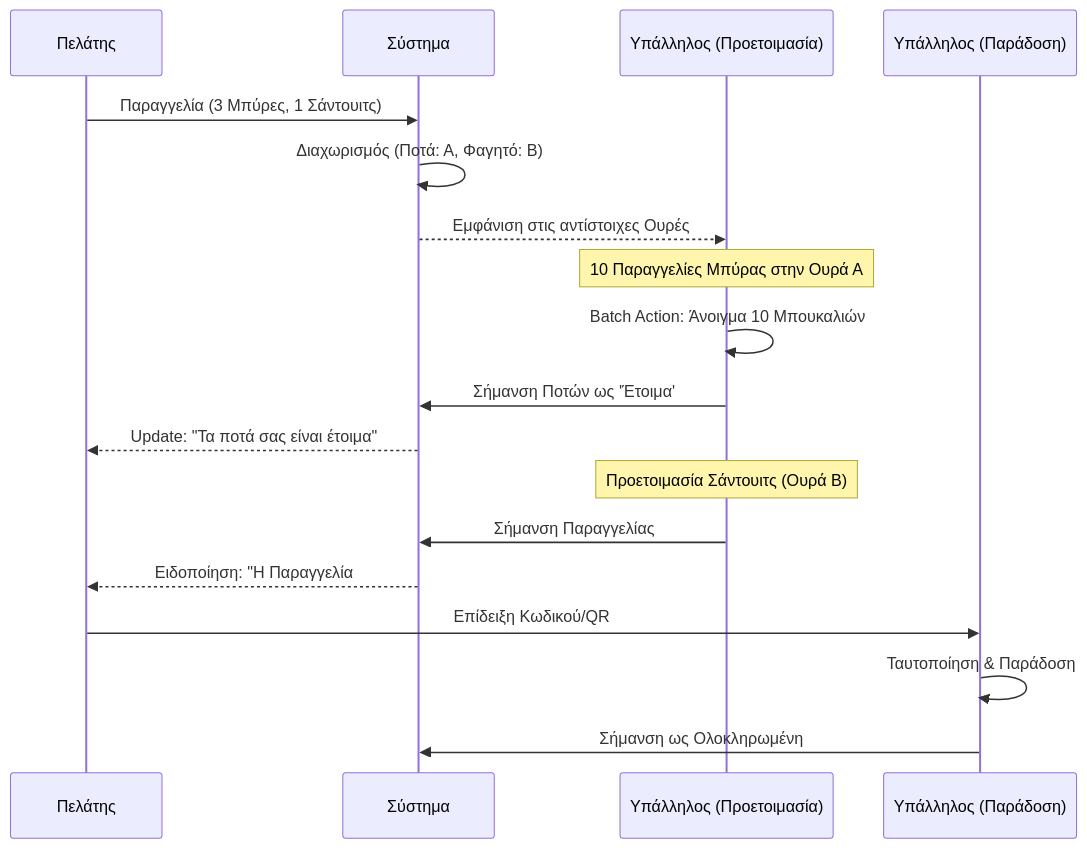
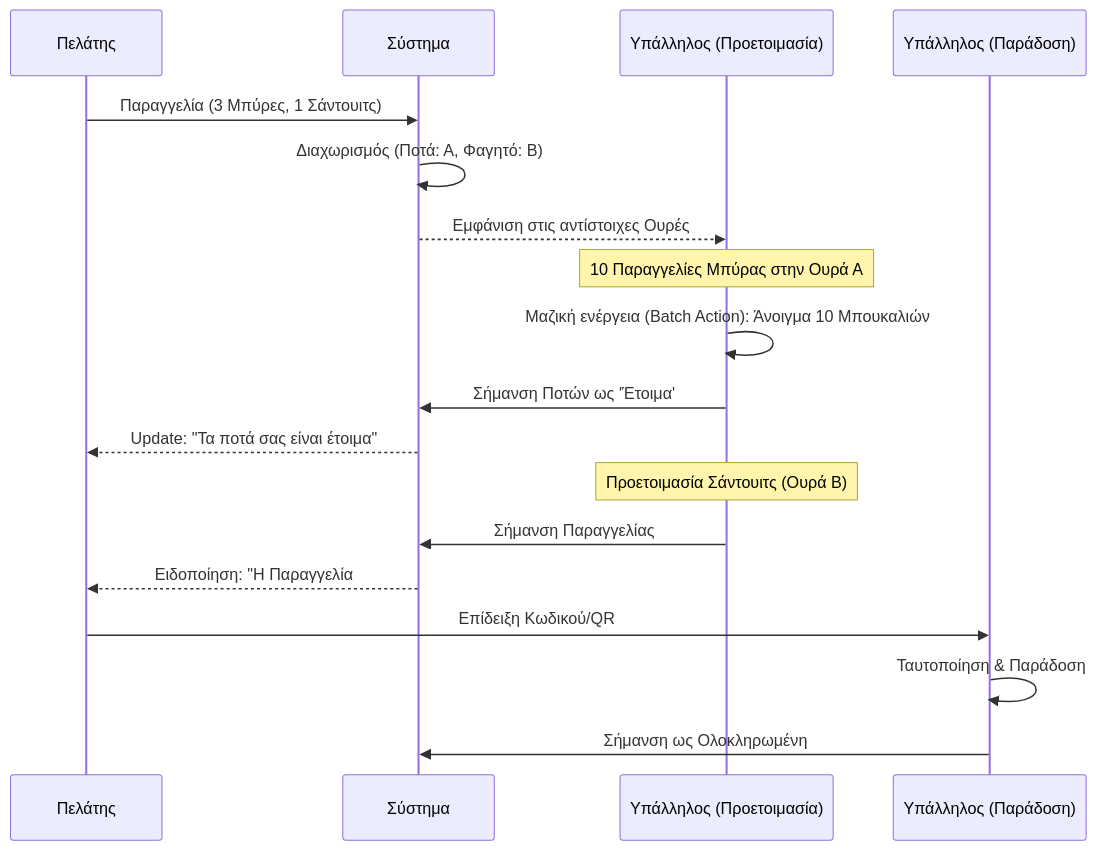
One commit to dolly450/orderly_docs changed the diagram in design/staff_workflow.md. Above: the diagram before and after it, drawn with Mermaid. The commit also changed other lines of this file and 11 other files, not shown here.

````diff
--- a/design/staff_workflow.md
+++ b/design/staff_workflow.md
@@ -6,25 +6,25 @@
 ```mermaid
 sequenceDiagram
     participant C as Πελάτης
     participant S as Σύστημα
     participant SP as Υπάλληλος (Προετοιμασία)
     participant SD as Υπάλληλος (Παράδοση)
     
     C->>S: Παραγγελία (3 Μπύρες, 1 Σάντουιτς)
     S->>S: Διαχωρισμός (Ποτά: Α, Φαγητό: Β)
     S-->>SP: Εμφάνιση στις αντίστοιχες Ουρές
     
     Note over SP: 10 Παραγγελίες Μπύρας στην Ουρά Α
-    SP->>SP: Batch Action: Άνοιγμα 10 Μπουκαλιών
+    SP->>SP: Μαζική ενέργεια (Batch Action): Άνοιγμα 10 Μπουκαλιών
     SP->>S: Σήμανση Ποτών ως 'Έτοιμα'
     
     S-->>C: Update: "Τα ποτά σας είναι έτοιμα"
     
     Note over SP: Προετοιμασία Σάντουιτς (Ουρά Β)
     SP->>S: Σήμανση Παραγγελίας #123 ως Πλήρως Έτοιμη
     S-->>C: Ειδοποίηση: "Η Παραγγελία #123 είναι έτοιμη για παραλαβή"
     
     C->>SD: Επίδειξη Κωδικού/QR #123
     SD->>SD: Ταυτοποίηση & Παράδοση
     SD->>S: Σήμανση ως Ολοκληρωμένη
 ```
````
